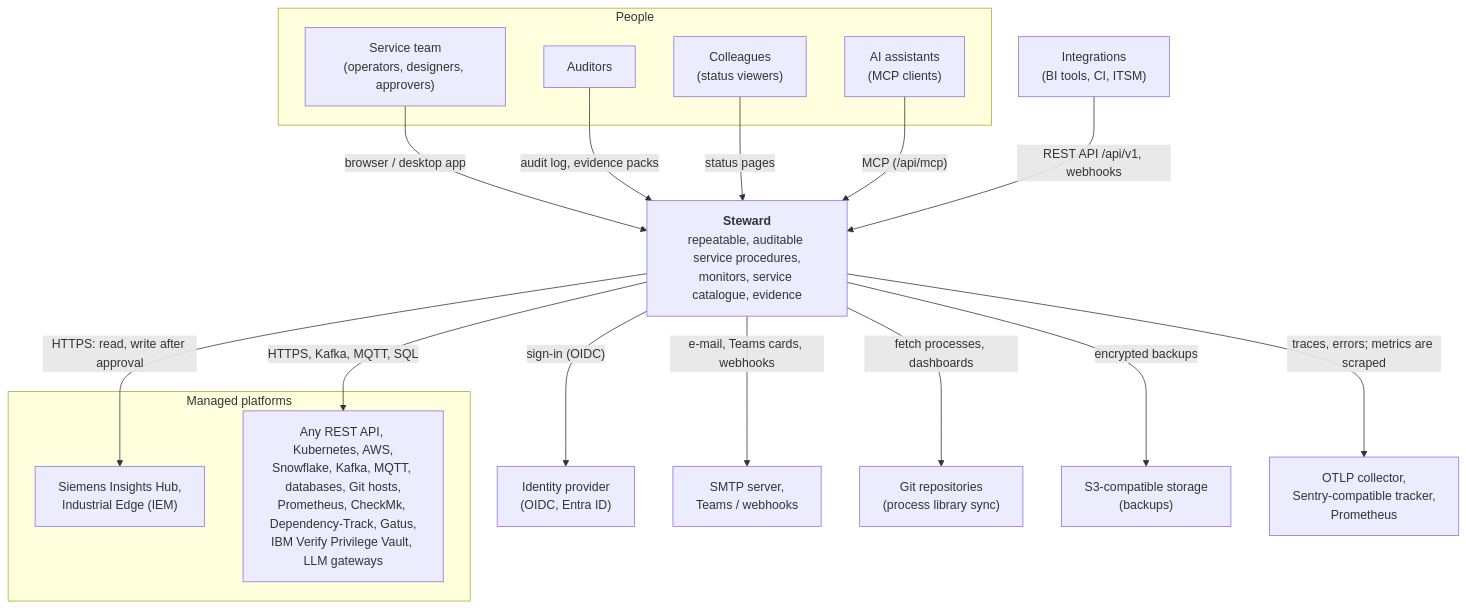
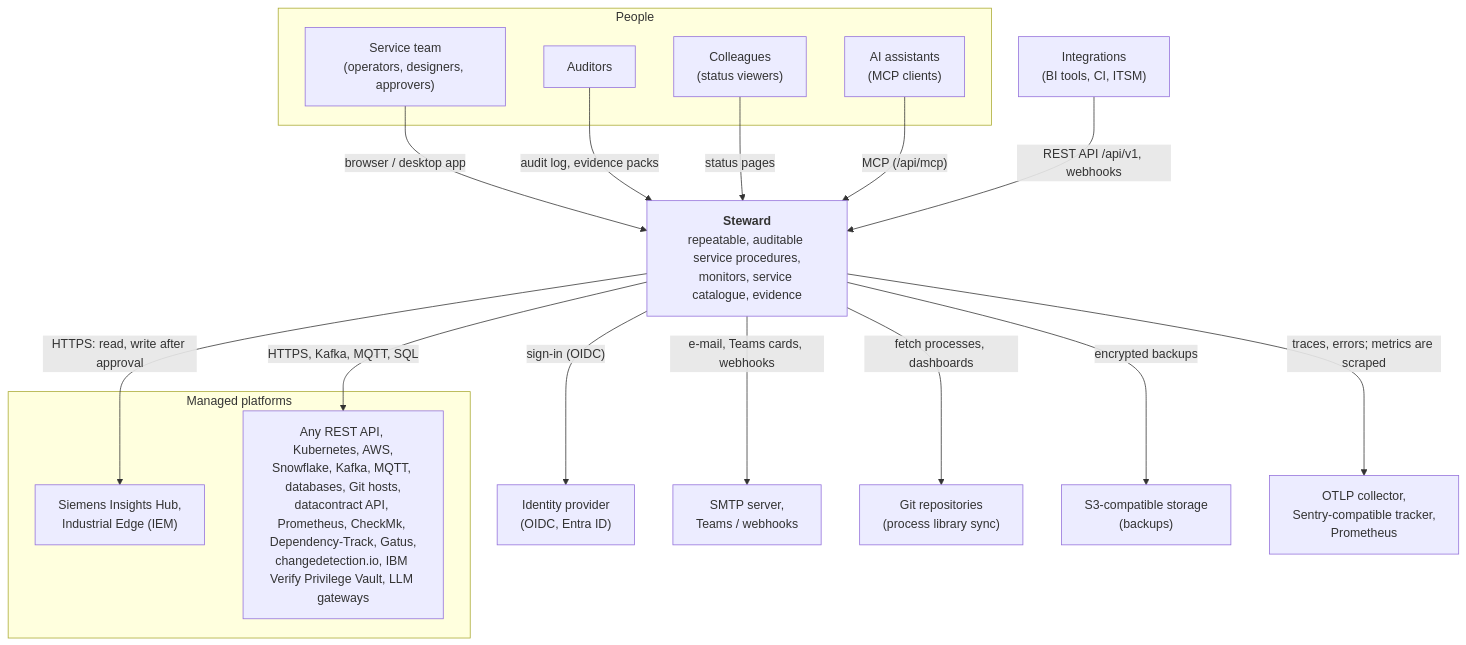
Before and after one commit to vxrz/Steward: the first of 2 diagrams in docs/ARCHITECTURE.md, drawn with Mermaid. The commit also changed other lines of this file and 309 other files, not shown here.

Commit message:
feat: data contracts, platform costs, Kafka Connect, version watch, changedetection.io, redirects, identities step 1 (v0.9.0) (#247)

````diff
--- a/docs/ARCHITECTURE.md
+++ b/docs/ARCHITECTURE.md
@@ -9,36 +9,36 @@
 ```mermaid
 flowchart TB
   subgraph people [People]
     ops["Service team<br/>(operators, designers, approvers)"]
     aud["Auditors"]
     viewers["Colleagues<br/>(status viewers)"]
     ai["AI assistants<br/>(MCP clients)"]
   end
 
   steward["<b>Steward</b><br/>repeatable, auditable service procedures,<br/>monitors, service catalogue, evidence"]
 
   subgraph platforms [Managed platforms]
     ih["Siemens Insights Hub,<br/>Industrial Edge (IEM)"]
-    rest["Any REST API, Kubernetes, AWS,<br/>Snowflake, Kafka, MQTT, databases, Git hosts,<br/>Prometheus, CheckMk, Dependency-Track, Gatus,<br/>IBM Verify Privilege Vault, LLM gateways"]
+    rest["Any REST API, Kubernetes, AWS,<br/>Snowflake, Kafka, MQTT, databases, Git hosts,<br/>datacontract API, Prometheus, CheckMk, Dependency-Track, Gatus,<br/>changedetection.io, IBM Verify Privilege Vault, LLM gateways"]
   end
 
   idp["Identity provider<br/>(OIDC, Entra ID)"]
   mail["SMTP server,<br/>Teams / webhooks"]
   git["Git repositories<br/>(process library sync)"]
   s3["S3-compatible storage<br/>(backups)"]
   obs["OTLP collector,<br/>Sentry-compatible tracker,<br/>Prometheus"]
   int["Integrations<br/>(BI tools, CI, ITSM)"]
 
   ops -->|"browser / desktop app"| steward
   aud -->|"audit log, evidence packs"| steward
   viewers -->|"status pages"| steward
   ai -->|"MCP (/api/mcp)"| steward
   int -->|"REST API /api/v1, webhooks"| steward
   steward -->|"HTTPS: read, write after approval"| ih
   steward -->|"HTTPS, Kafka, MQTT, SQL"| rest
   steward -->|"sign-in (OIDC)"| idp
   steward -->|"e-mail, Teams cards, webhooks"| mail
   steward -->|"fetch processes, dashboards"| git
   steward -->|"encrypted backups"| s3
   steward -->|"traces, errors; metrics are scraped"| obs
 ```
````
